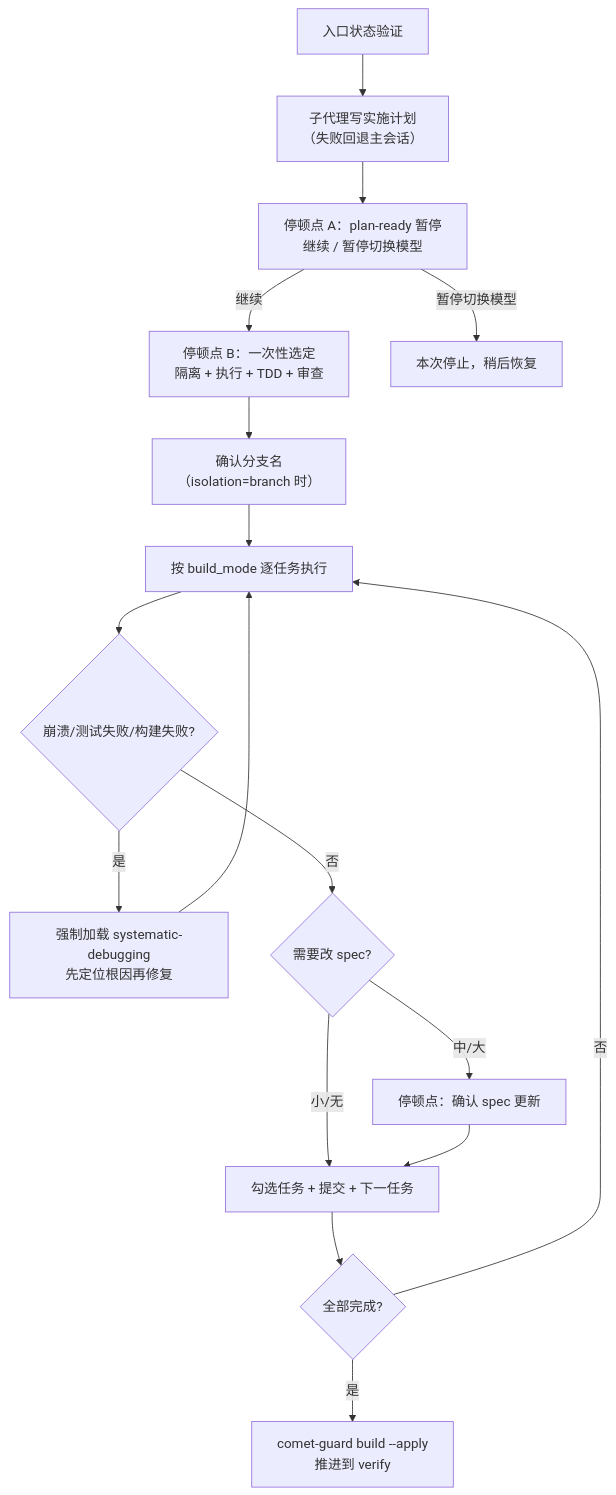
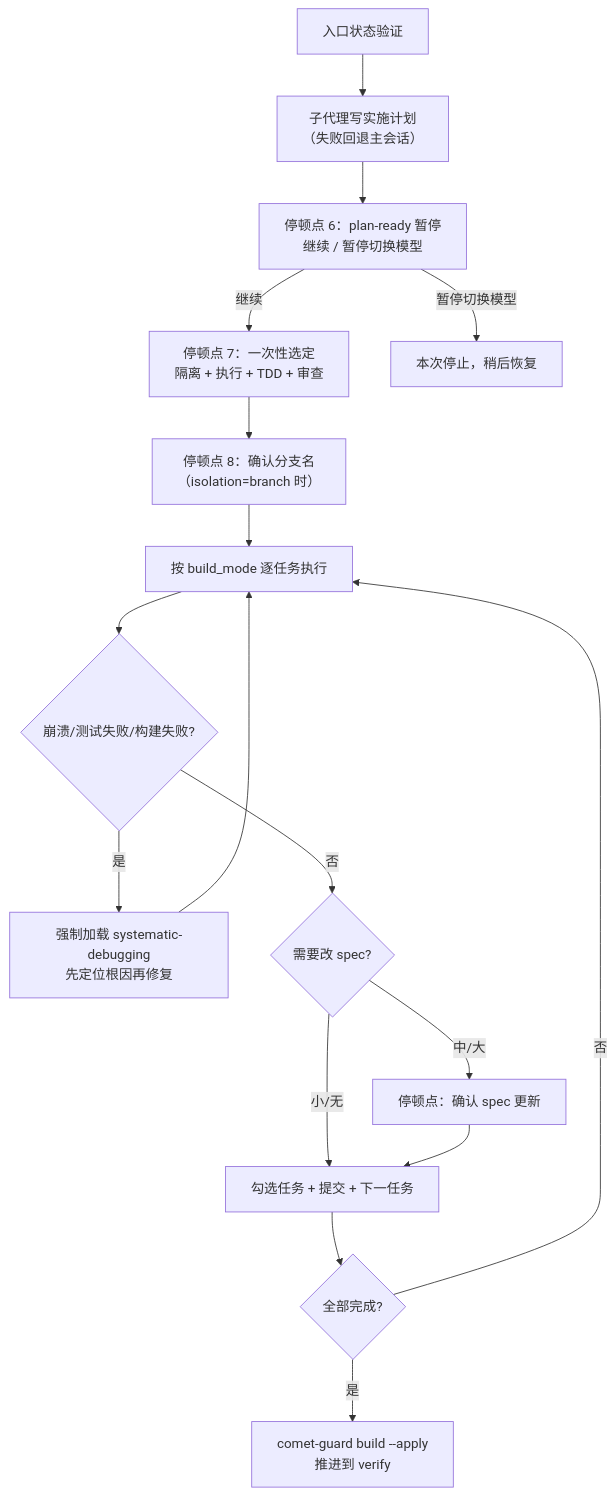
Before and after one commit to rpamis/comet-website-docs: the diagram in zh/phases/build.mdx, drawn with Mermaid. The commit also changed other lines of this file and 5 other files, not shown here.

````diff
--- a/zh/phases/build.mdx
+++ b/zh/phases/build.mdx
@@ -34,19 +34,19 @@
 ```mermaid
 flowchart TD
     Entry["入口状态验证"] --> S1["子代理写实施计划<br/>（失败回退主会话）"]
-    S1 --> Stop2["停顿点 A：plan-ready 暂停<br/>继续 / 暂停切换模型"]
-    Stop2 -->|继续| Stop3["停顿点 B：一次性选定<br/>隔离 + 执行 + TDD + 审查"]
+    S1 --> Stop2["停顿点 6：plan-ready 暂停<br/>继续 / 暂停切换模型"]
+    Stop2 -->|继续| Stop3["停顿点 7：一次性选定<br/>隔离 + 执行 + TDD + 审查"]
     Stop2 -->|暂停切换模型| PauseDone["本次停止，稍后恢复"]
-    Stop3 --> StopBranch["确认分支名<br/>（isolation=branch 时）"]
+    Stop3 --> StopBranch["停顿点 8：确认分支名<br/>（isolation=branch 时）"]
     StopBranch --> Exec["按 build_mode 逐任务执行"]
     Exec --> Debug{"崩溃/测试失败/构建失败?"}
     Debug -->|是| DebugGate["强制加载 systematic-debugging<br/>先定位根因再修复"]
     DebugGate --> Exec
     Debug -->|否| SpecUpd{"需要改 spec?"}
     SpecUpd -->|中/大| SpecPause["停顿点：确认 spec 更新"]
     SpecUpd -->|小/无| TaskLoop["勾选任务 + 提交 + 下一任务"]
     SpecPause --> TaskLoop
     TaskLoop --> Done{"全部完成?"}
     Done -->|否| Exec
     Done -->|是| Exit["comet-guard build --apply<br/>推进到 verify"]
 ```
````
